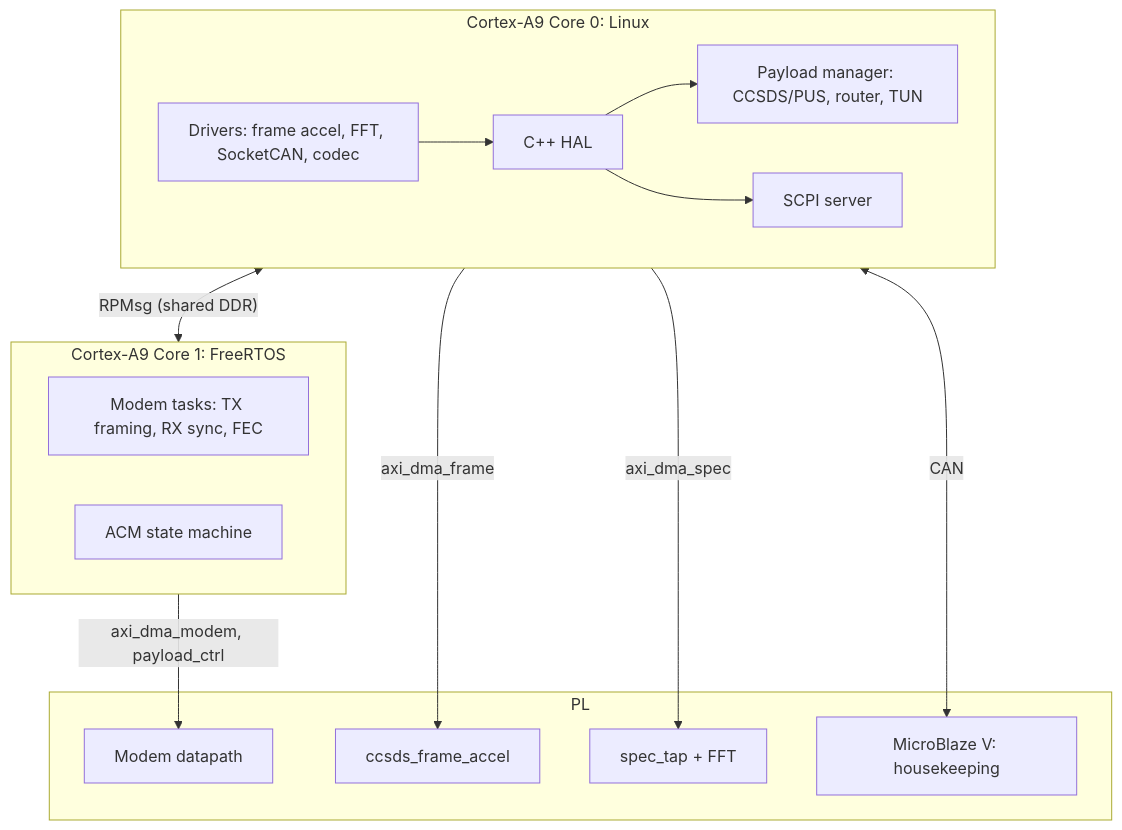
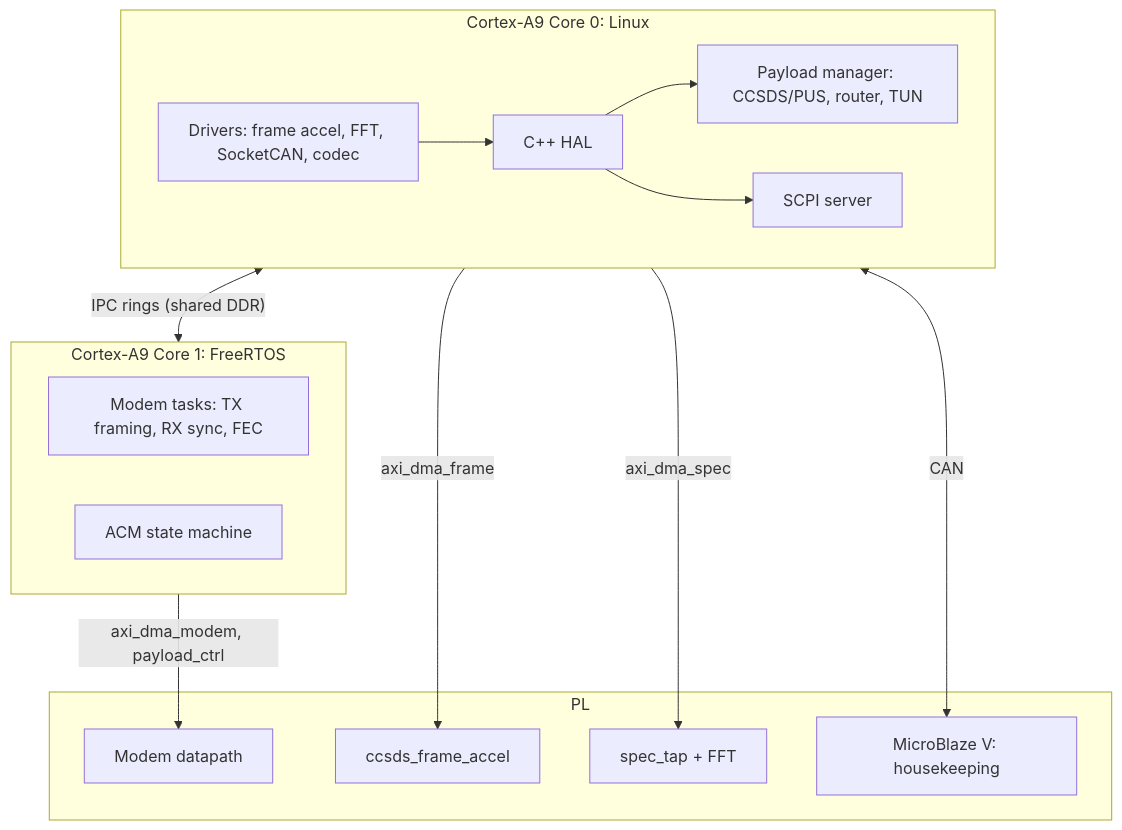
One commit to Asvasist/satlink-z7 changed the second of 2 diagrams in docs/architecture/README.md. Above: the diagram before and after it, drawn with Mermaid. The commit also changed other lines of this file and 107 other files, not shown here.

````diff
--- a/docs/architecture/README.md
+++ b/docs/architecture/README.md
@@ -31,26 +31,26 @@
 ```mermaid
 flowchart TB
     subgraph Core0["Cortex-A9 Core 0: Linux"]
         D["Drivers: frame accel, FFT, SocketCAN, codec"]
         HAL["C++ HAL"]
         PM["Payload manager: CCSDS/PUS, router, TUN"]
         SCPI["SCPI server"]
         D --> HAL --> PM
         HAL --> SCPI
     end
     subgraph Core1["Cortex-A9 Core 1: FreeRTOS"]
         MOD["Modem tasks: TX framing, RX sync, FEC"]
         ACM["ACM state machine"]
     end
     subgraph PL["PL"]
         DP["Modem datapath"]
         FA["ccsds_frame_accel"]
         FFT["spec_tap + FFT"]
         MCU["MicroBlaze V: housekeeping"]
     end
-    Core0 <-- "RPMsg (shared DDR)" --> Core1
+    Core0 <-- "IPC rings (shared DDR)" --> Core1
     Core1 -- "axi_dma_modem, payload_ctrl" --> DP
     Core0 -- "axi_dma_frame" --> FA
     Core0 -- "axi_dma_spec" --> FFT
     Core0 <-- "CAN" --> MCU
 ```
````
